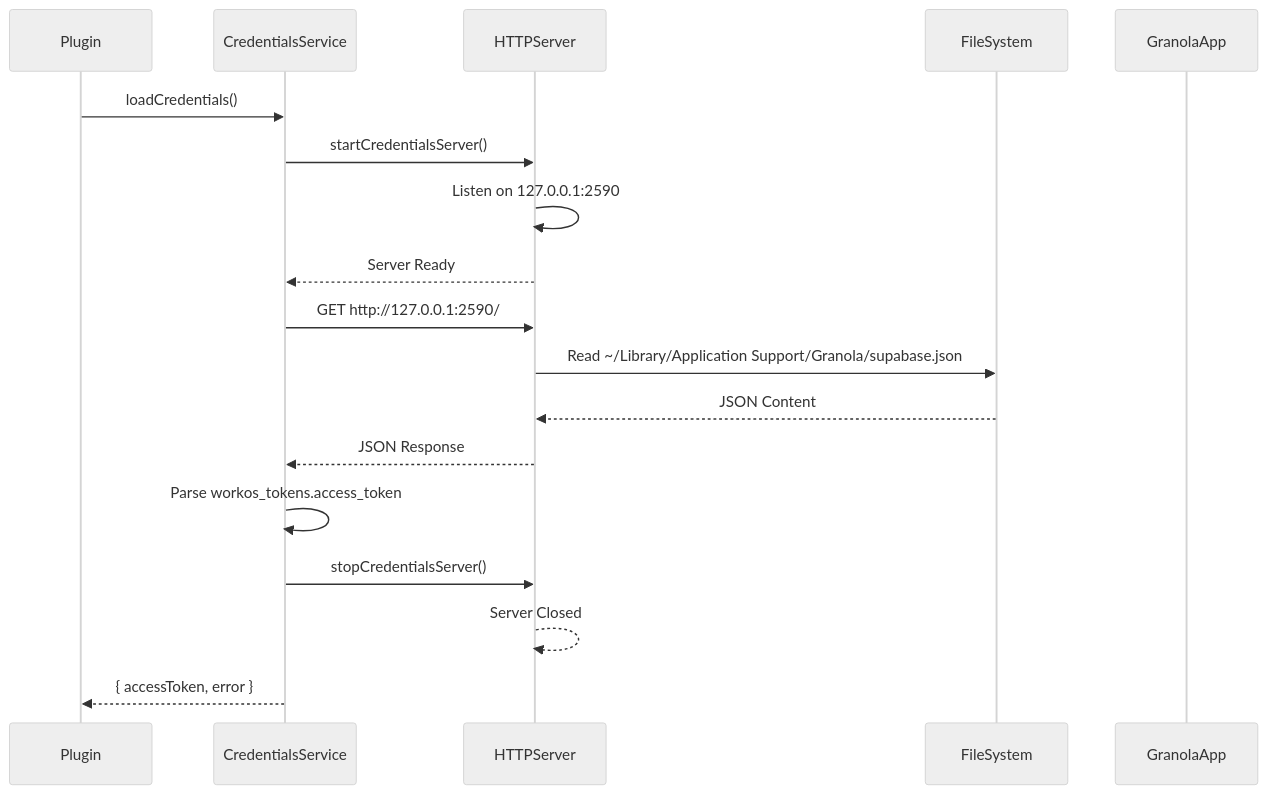
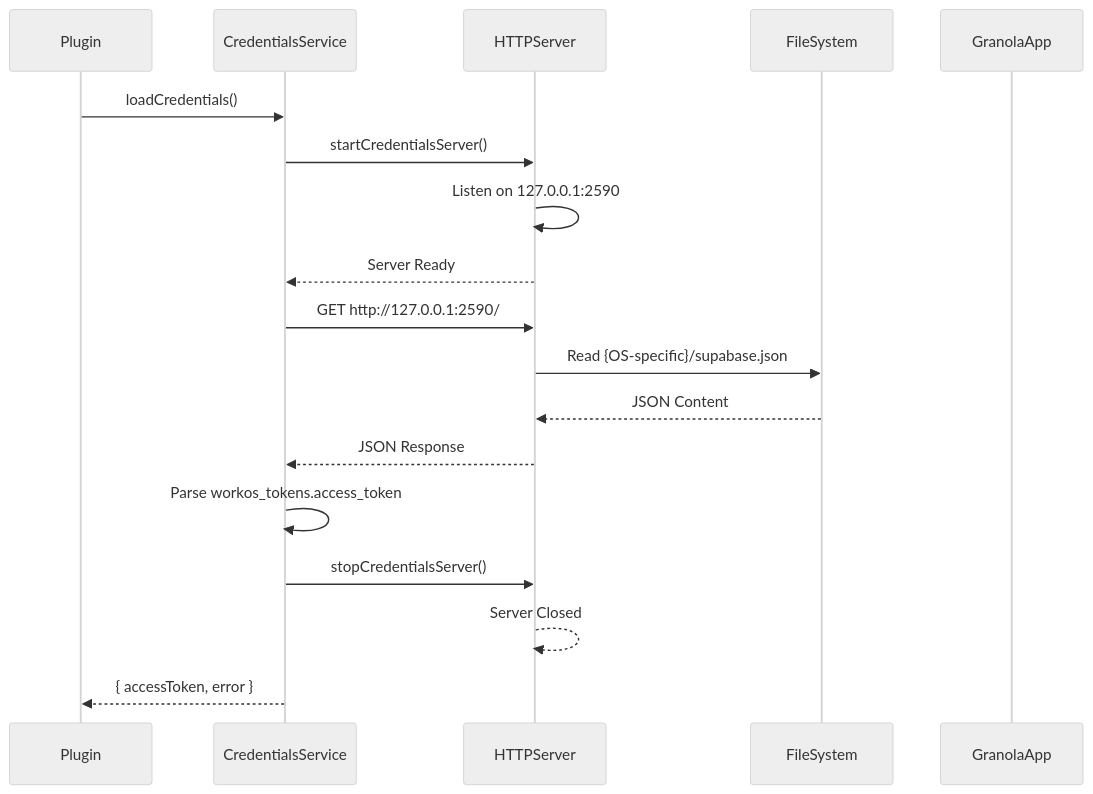
One commit to tomelliot/obsidian-granola-sync changed the second of 7 diagrams in docs/sync-process.md. Above: the diagram before and after it, drawn with Mermaid (neutral theme). The commit also changed other lines of this file and 1 other file, not shown here.

````diff
--- a/docs/sync-process.md
+++ b/docs/sync-process.md
@@ -38,23 +38,23 @@
 ```mermaid
 sequenceDiagram
     participant Plugin
     participant CredentialsService
     participant HTTPServer
     participant FileSystem
     participant GranolaApp
 
     Plugin->>CredentialsService: loadCredentials()
     CredentialsService->>HTTPServer: startCredentialsServer()
     HTTPServer->>HTTPServer: Listen on 127.0.0.1:2590
     HTTPServer-->>CredentialsService: Server Ready
 
     CredentialsService->>HTTPServer: GET http://127.0.0.1:2590/
-    HTTPServer->>FileSystem: Read ~/Library/Application Support/Granola/supabase.json
+    HTTPServer->>FileSystem: Read {OS-specific}/supabase.json
     FileSystem-->>HTTPServer: JSON Content
     HTTPServer-->>CredentialsService: JSON Response
 
     CredentialsService->>CredentialsService: Parse workos_tokens.access_token
     CredentialsService->>HTTPServer: stopCredentialsServer()
     HTTPServer-->>HTTPServer: Server Closed
     CredentialsService-->>Plugin: { accessToken, error }
 ```
````
